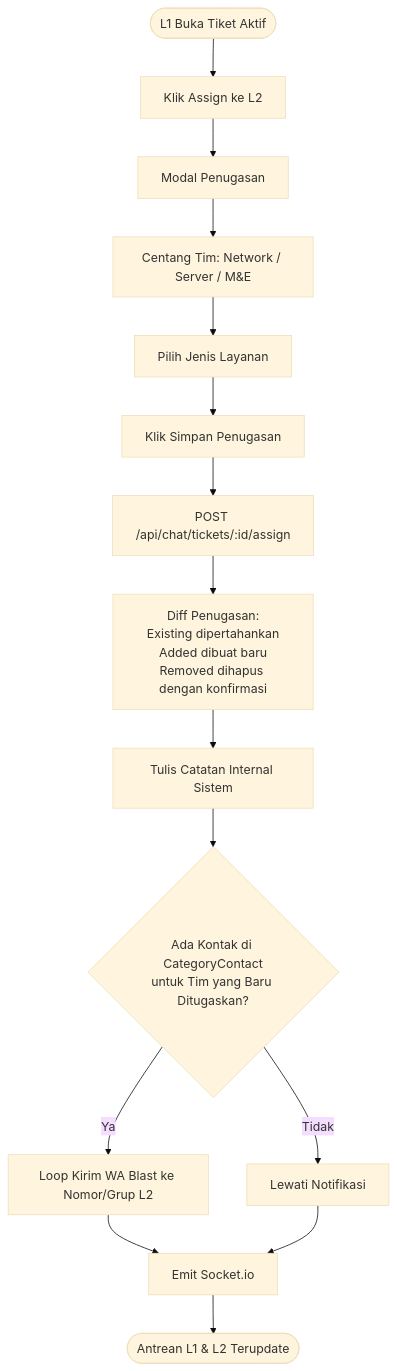
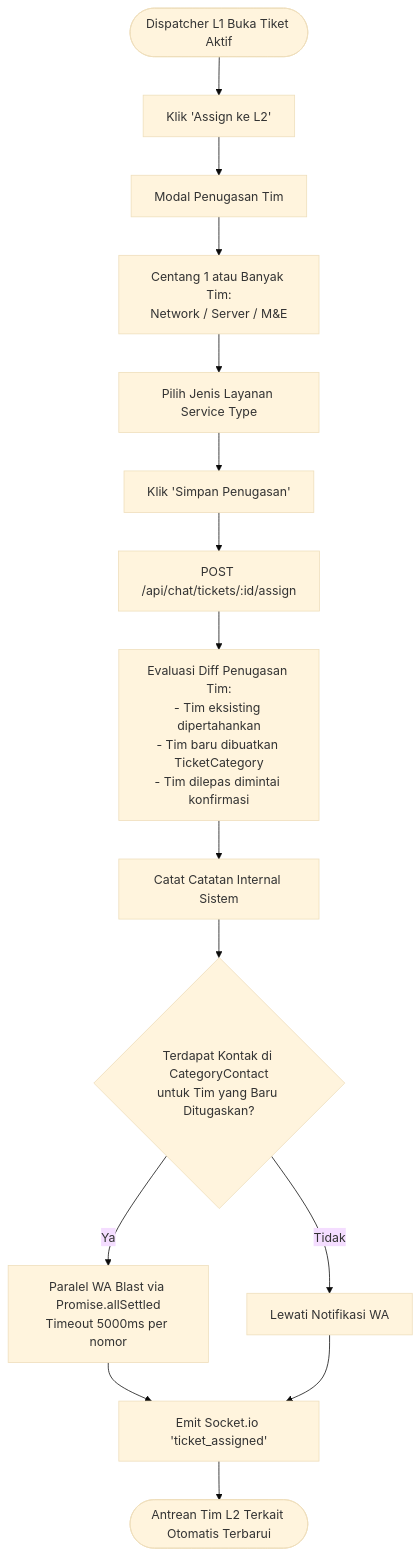
Before and after one commit to llaurensius/hts-chat-integration: the third of 7 diagrams in docs/Architecture.md, drawn with Mermaid (base theme). The commit also changed other lines of this file and 9 other files, not shown here.

````diff
--- a/docs/Architecture.md
+++ b/docs/Architecture.md
@@ -137,18 +151,18 @@
 ```mermaid
 flowchart TD
-    A([L1 Buka Tiket Aktif]) --> B[Klik Assign ke L2]
-    B --> C[Modal Penugasan]
-    C --> D[Centang Tim: Network / Server / M&amp;E]
-    D --> E[Pilih Jenis Layanan]
-    E --> F[Klik Simpan Penugasan]
+    A([Dispatcher L1 Buka Tiket Aktif]) --> B[Klik 'Assign ke L2']
+    B --> C[Modal Penugasan Tim]
+    C --> D[Centang 1 atau Banyak Tim:<br/>Network / Server / M&E]
+    D --> E[Pilih Jenis Layanan Service Type]
+    E --> F[Klik 'Simpan Penugasan']
 
     F --> G[POST /api/chat/tickets/:id/assign]
-    G --> H[Diff Penugasan:<br/>Existing dipertahankan<br/>Added dibuat baru<br/>Removed dihapus dengan konfirmasi]
-    H --> I[Tulis Catatan Internal Sistem]
-    I --> J{Ada Kontak di CategoryContact<br/>untuk Tim yang Baru Ditugaskan?}
-    J -- Ya --> K[Loop Kirim WA Blast ke Nomor/Grup L2]
-    J -- Tidak --> L[Lewati Notifikasi]
-    K --> M[Emit Socket.io]
+    G --> H[Evaluasi Diff Penugasan Tim:<br/>- Tim eksisting dipertahankan<br/>- Tim baru dibuatkan TicketCategory<br/>- Tim dilepas dimintai konfirmasi]
+    H --> I[Catat Catatan Internal Sistem]
+    I --> J{Terdapat Kontak di CategoryContact<br/>untuk Tim yang Baru Ditugaskan?}
+    J -- Ya --> K[Paralel WA Blast via Promise.allSettled<br/>Timeout 5000ms per nomor]
+    J -- Tidak --> L[Lewati Notifikasi WA]
+    K --> M[Emit Socket.io 'ticket_assigned']
     L --> M
-    M --> N([Antrean L1 & L2 Terupdate])
+    M --> N([Antrean Tim L2 Terkait Otomatis Terbarui])
 ```
````
